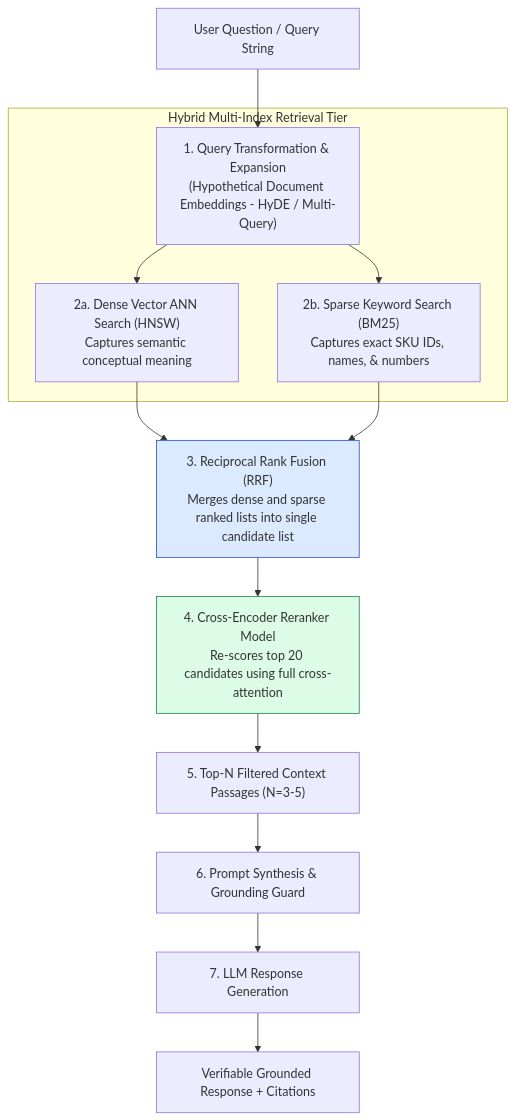
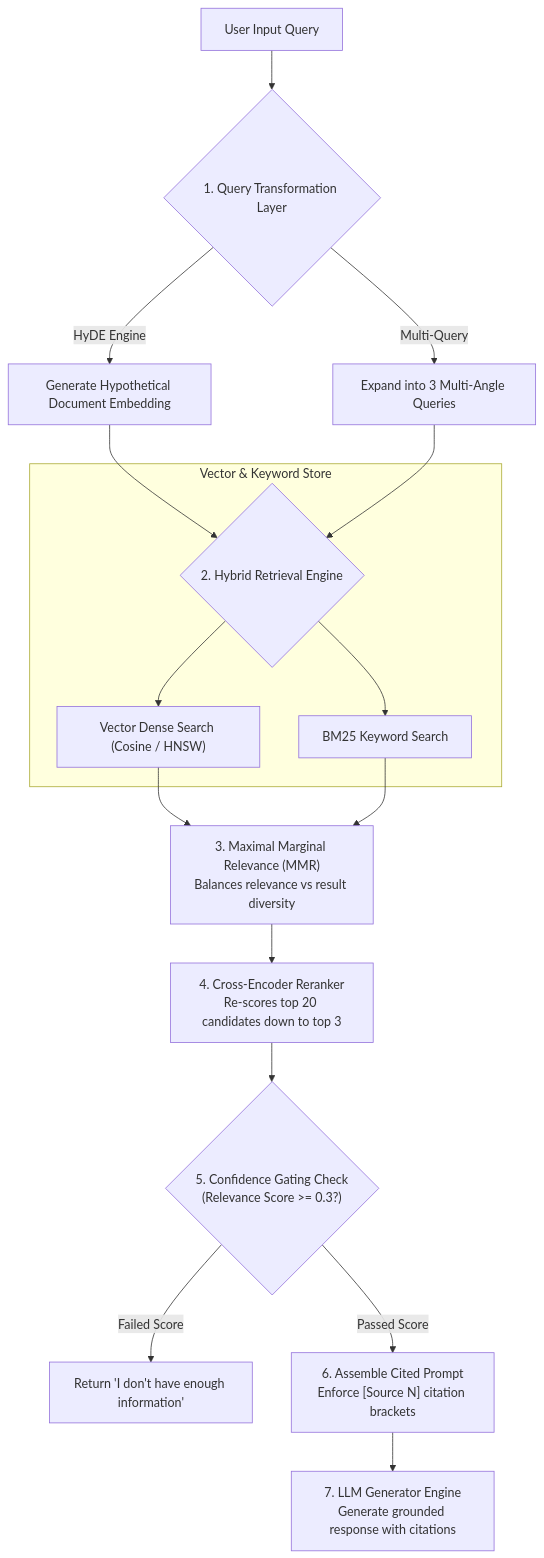
One commit to Amie-dev/engineering-playbook changed the diagram in agentic-ai-notes/00-foundations/09-rag-architecture.md. Above: the diagram before and after it, drawn with Mermaid. The commit also changed other lines of this file and 27 other files, not shown here.

First line of the commit message:
Refactor embeddings generation and similarity metrics for improved clarity and performance

````diff
--- a/agentic-ai-notes/00-foundations/09-rag-architecture.md
+++ b/agentic-ai-notes/00-foundations/09-rag-architecture.md
@@ -13,25 +7,27 @@
 ```mermaid
 flowchart TD
-    UserQuery[User Question / Query String] --> QueryTransform["1. Query Transformation & Expansion<br/>(Hypothetical Document Embeddings - HyDE / Multi-Query)"]
-
-    subgraph Hybrid Multi-Index Retrieval Tier
-        QueryTransform --> DenseSearch["2a. Dense Vector ANN Search (HNSW)<br/>Captures semantic conceptual meaning"]
-        QueryTransform --> SparseSearch["2b. Sparse Keyword Search (BM25)<br/>Captures exact SKU IDs, names, & numbers"]
+    UserQuery[User Input Query] --> TransformStep{"1. Query Transformation Layer"}
+    
+    TransformStep -->|HyDE Engine| HyDE["Generate Hypothetical Document Embedding"]
+    TransformStep -->|Multi-Query| MultiQ["Expand into 3 Multi-Angle Queries"]
+    
+    HyDE --> RetrievalEngine{"2. Hybrid Retrieval Engine"}
+    MultiQ --> RetrievalEngine
+    
+    subgraph Vector & Keyword Store
+        RetrievalEngine --> DenseSearch["Vector Dense Search (Cosine / HNSW)"]
+        RetrievalEngine --> SparseSearch["BM25 Keyword Search"]
     end
-
-    DenseSearch --> RRF["3. Reciprocal Rank Fusion (RRF)<br/>Merges dense and sparse ranked lists into single candidate list"]
-    SparseSearch --> RRF
-
-    RRF --> CrossEncoder["4. Cross-Encoder Reranker Model<br/>Re-scores top 20 candidates using full cross-attention"]
-
-    CrossEncoder --> TopNContext["5. Top-N Filtered Context Passages (N=3-5)"]
-
-    TopNContext --> PromptAugment["6. Prompt Synthesis & Grounding Guard"]
-
-    PromptAugment --> LLMInference["7. LLM Response Generation"]
-
-    LLMInference --> GroundedAns[Verifiable Grounded Response + Citations]
-
-    style RRF fill:#dbeafe,stroke:#1d4ed8
-    style CrossEncoder fill:#dcfce7,stroke:#15803d
+    
+    DenseSearch --> MMRNode["3. Maximal Marginal Relevance (MMR)<br/>Balances relevance vs result diversity"]
+    SparseSearch --> MMRNode
+    
+    MMRNode --> CrossEncoder["4. Cross-Encoder Reranker<br/>Re-scores top 20 candidates down to top 3"]
+    
+    CrossEncoder --> GatingCheck{"5. Confidence Gating Check<br/>(Relevance Score >= 0.3?)"}
+    
+    GatingCheck -->|Failed Score| FallbackAns["Return 'I don't have enough information'"]
+    GatingCheck -->|Passed Score| CitedPrompt["6. Assemble Cited Prompt<br/>Enforce [Source N] citation brackets"]
+    
+    CitedPrompt --> LLMGenerator["7. LLM Generator Engine<br/>Generate grounded response with citations"]
 ```
````
